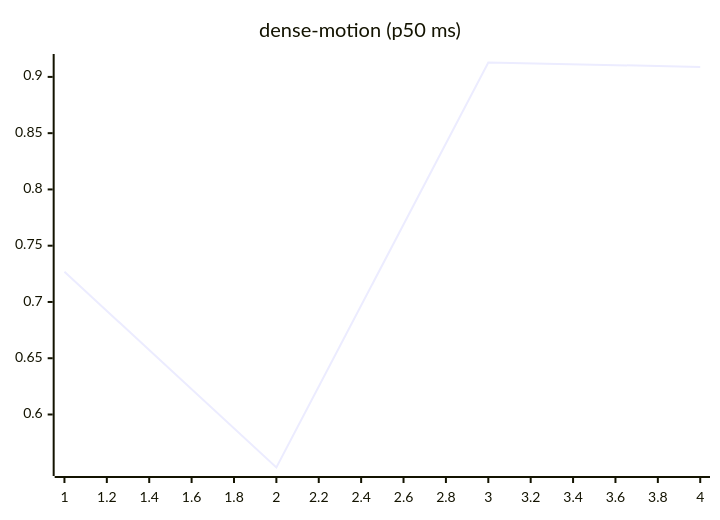
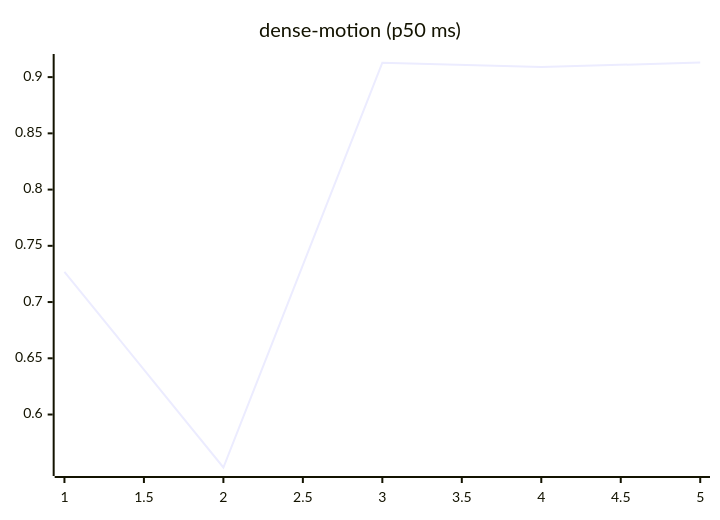
Before and after one commit to josha/Facet: the ninth of 27 diagrams in README.md, drawn with Mermaid. The commit also changed other lines of this file and 2 other files, not shown here.

````diff
--- a/README.md
+++ b/README.md
@@ -119,6 +119,6 @@
 ```mermaid
 xychart-beta
     title "dense-motion (p50 ms)"
-    x-axis 1 --> 4
-    line [0.7269, 0.5529, 0.9128, 0.9089]
+    x-axis 1 --> 5
+    line [0.7269, 0.5529, 0.9128, 0.9089, 0.9130]
 ```
````
